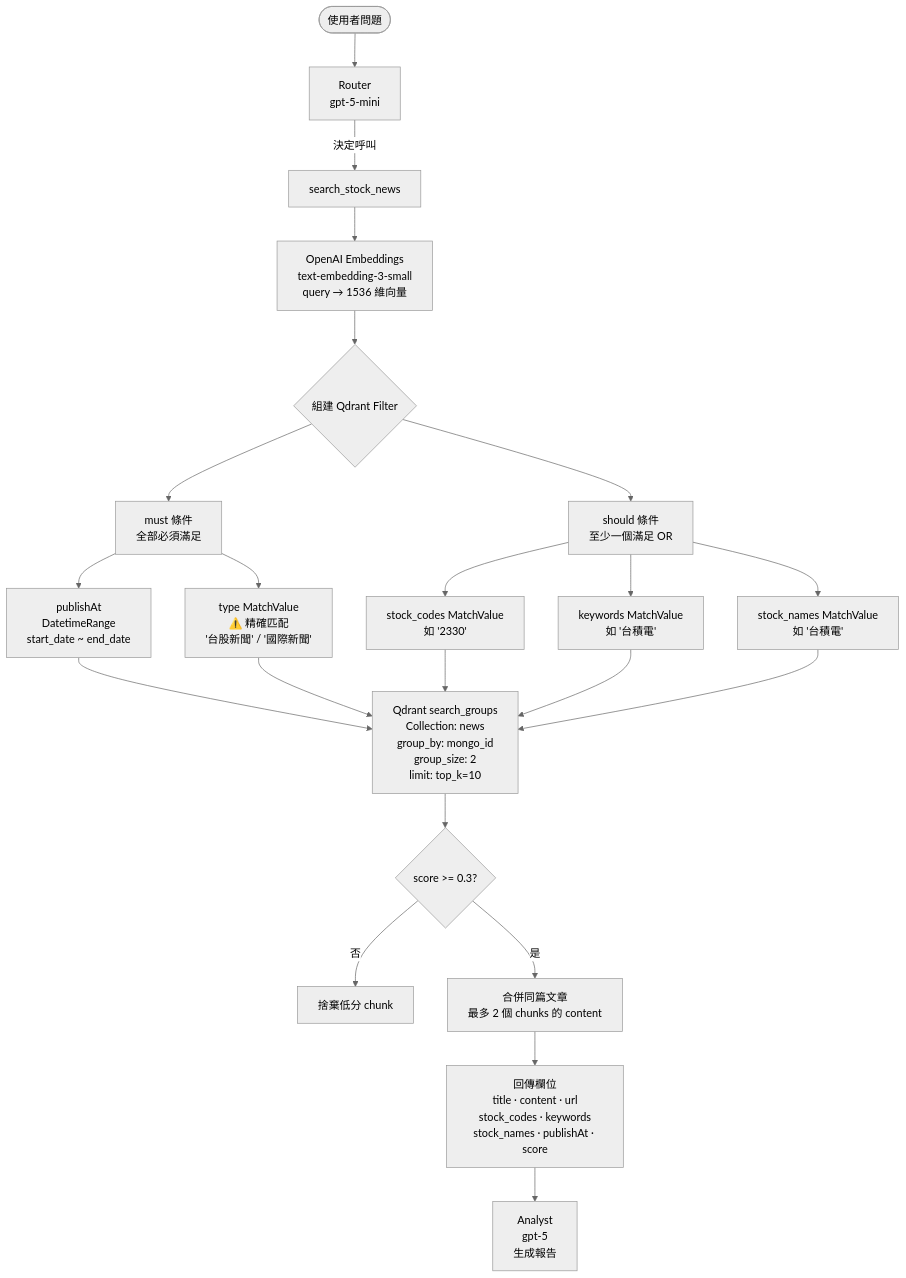
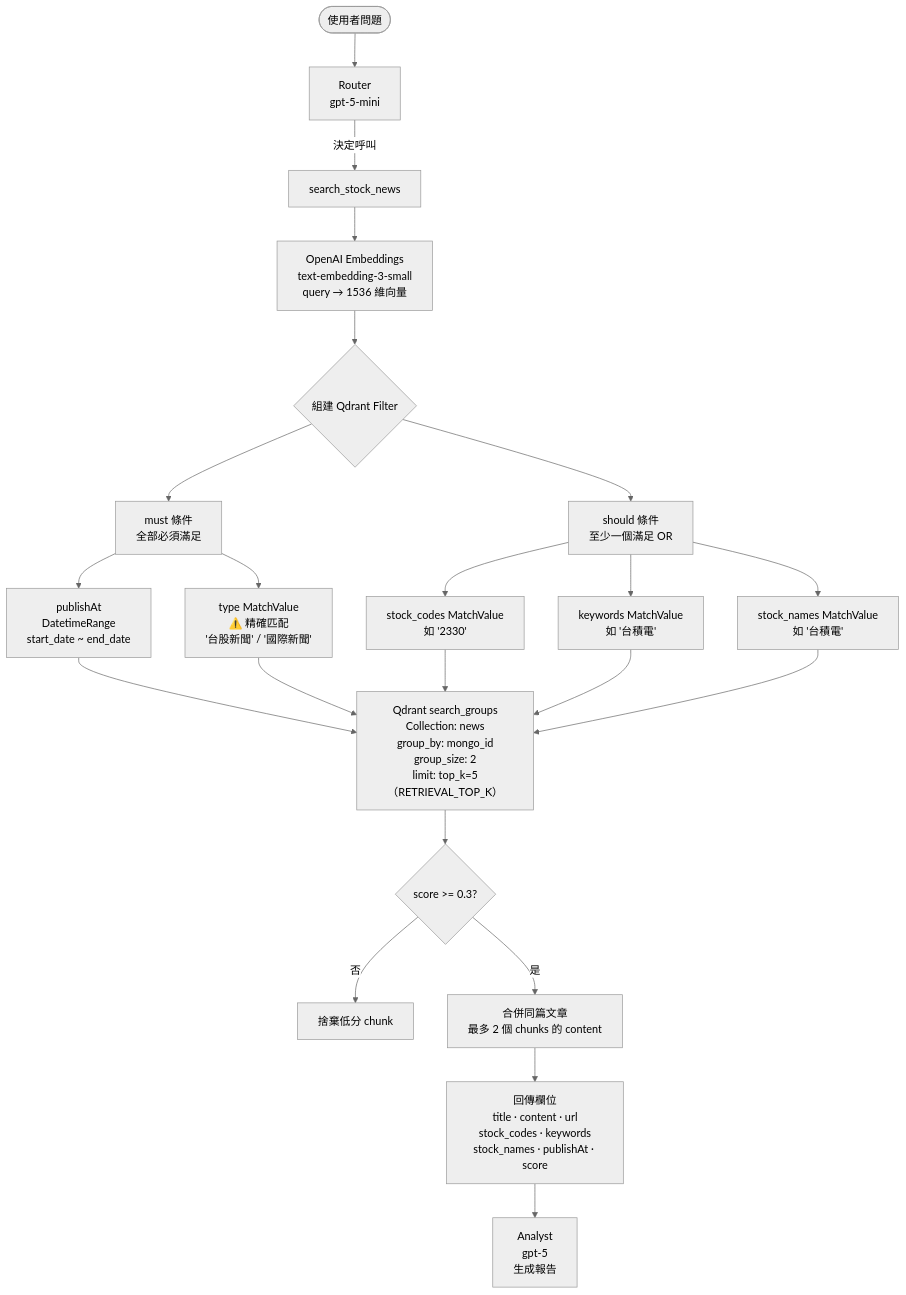
One commit to WilliamTsai1227/Stock-Insight-Chat changed the first of 7 diagrams in README.md. Above: the diagram before and after it, drawn with Mermaid (neutral theme). The commit also changed other lines of this file, not shown here.

````diff
--- a/README.md
+++ b/README.md
@@ -568,27 +597,27 @@
 ```mermaid
 flowchart TD
     A([使用者問題]) --> B[Router\ngpt-5-mini]
     B -->|決定呼叫| C[search_stock_news]
 
     C --> D[OpenAI Embeddings\ntext-embedding-3-small\nquery → 1536 維向量]
     D --> E{組建 Qdrant Filter}
 
     E --> F[must 條件\n全部必須滿足]
     E --> G[should 條件\n至少一個滿足 OR]
 
     F --> F1["publishAt\nDatetimeRange\nstart_date ~ end_date"]
     F --> F2["type MatchValue\n⚠️ 精確匹配\n'台股新聞' / '國際新聞'"]
 
     G --> G1["stock_codes MatchValue\n如 '2330'"]
     G --> G2["keywords MatchValue\n如 '台積電'"]
     G --> G3["stock_names MatchValue\n如 '台積電'"]
 
-    F1 & F2 & G1 & G2 & G3 --> H["Qdrant search_groups\nCollection: news\ngroup_by: mongo_id\ngroup_size: 2\nlimit: top_k=10"]
+    F1 & F2 & G1 & G2 & G3 --> H["Qdrant search_groups\nCollection: news\ngroup_by: mongo_id\ngroup_size: 2\nlimit: top_k=5（RETRIEVAL_TOP_K）"]
 
     H --> I{score >= 0.3?}
     I -- 否 --> J[捨棄低分 chunk]
     I -- 是 --> K["合併同篇文章\n最多 2 個 chunks 的 content"]
 
     K --> L["回傳欄位\ntitle · content · url\nstock_codes · keywords\nstock_names · publishAt · score"]
     L --> M[Analyst\ngpt-5\n生成報告]
 ```
````
